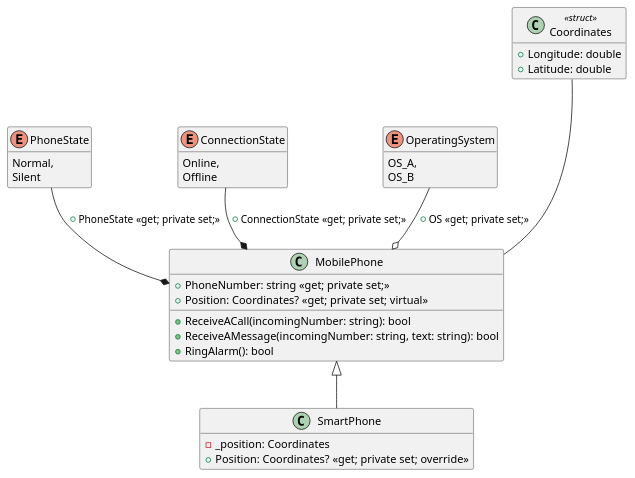
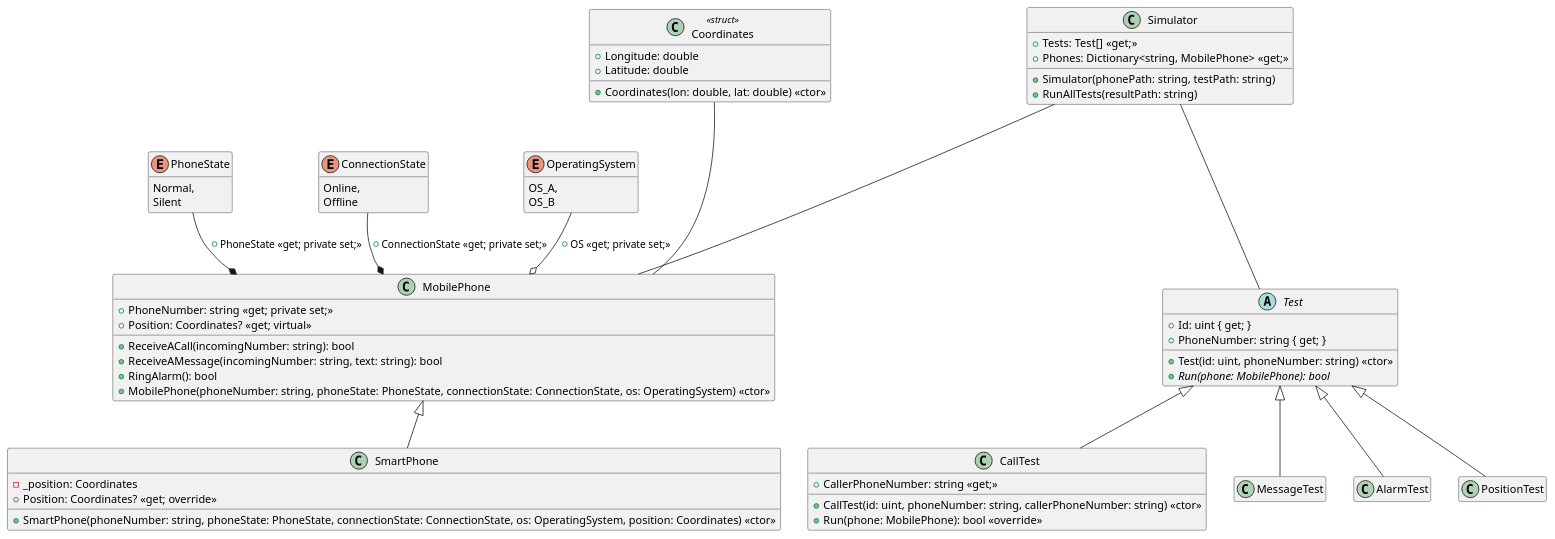
Before and after one commit to JayTee42/tubaf-swe-2021: the diagram in 07 - Modellierung, Deserialisierung, Tests/phonesim/phonesim.puml, drawn with PlantUML. The commit also changed 5 other files, not shown here.

```diff
--- a/07 - Modellierung, Deserialisierung, Tests/phonesim/phonesim.puml
+++ b/07 - Modellierung, Deserialisierung, Tests/phonesim/phonesim.puml
@@ -1,49 +1,102 @@
 @startuml
 enum PhoneState
 {
     Normal,
     Silent
 }
 
 enum ConnectionState
 {
     Online,
     Offline
 }
 
 enum OperatingSystem
 {
     OS_A,
     OS_B
 }
 
 class Coordinates << struct >>
 {
     + Longitude: double
     + Latitude: double
+    
+    + Coordinates(lon: double, lat: double) << ctor >>
 }
 
 class MobilePhone
 {
     + PhoneNumber: string << get; private set; >>
-    + Position: Coordinates? << get; private set; virtual >>
+    + Position: Coordinates? << get; virtual >>
     
     + ReceiveACall(incomingNumber: string): bool
     + ReceiveAMessage(incomingNumber: string, text: string): bool
     + RingAlarm(): bool
+    + MobilePhone(phoneNumber: string, phoneState: PhoneState, connectionState: ConnectionState, os: OperatingSystem) << ctor >>
 }
 
 class SmartPhone
 {
     - _position: Coordinates
-    + Position: Coordinates? << get; private set; override >>
+    + Position: Coordinates? << get; override >>
+    + SmartPhone(phoneNumber: string, phoneState: PhoneState, connectionState: ConnectionState, os: OperatingSystem, position: Coordinates) << ctor >>
 }
 
 MobilePhone <|-- SmartPhone
 PhoneState --* MobilePhone : + PhoneState << get; private set; >>
 ConnectionState --* MobilePhone : + ConnectionState << get; private set; >>
 OperatingSystem --o MobilePhone : + OS << get; private set; >>
 Coordinates --- MobilePhone
 
+class Simulator
+{
+    + Tests: Test[] << get; >>
+    + Phones: Dictionary<string, MobilePhone> << get; >>
+    
+    + Simulator(phonePath: string, testPath: string)
+    + RunAllTests(resultPath: string)
+}
+
+abstract class Test
+{
+    + Id: uint { get; }
+    + PhoneNumber: string { get; }
+    
+    + Test(id: uint, phoneNumber: string) << ctor >>
+    + {abstract} Run(phone: MobilePhone): bool
+}
+
+class CallTest
+{
+    + CallerPhoneNumber: string << get; >>
+    
+    + CallTest(id: uint, phoneNumber: string, callerPhoneNumber: string) << ctor >>
+    + Run(phone: MobilePhone): bool << override >>
+}
+
+class MessageTest
+{
+
+}
+
+class AlarmTest
+{
+
+}
+
+class PositionTest
+{
+
+}
+
+Test <|-- CallTest
+Test <|-- MessageTest
+Test <|-- AlarmTest
+Test <|-- PositionTest
+
+Simulator --- Test
+Simulator --- MobilePhone
+
 hide empty members
 @enduml
```
